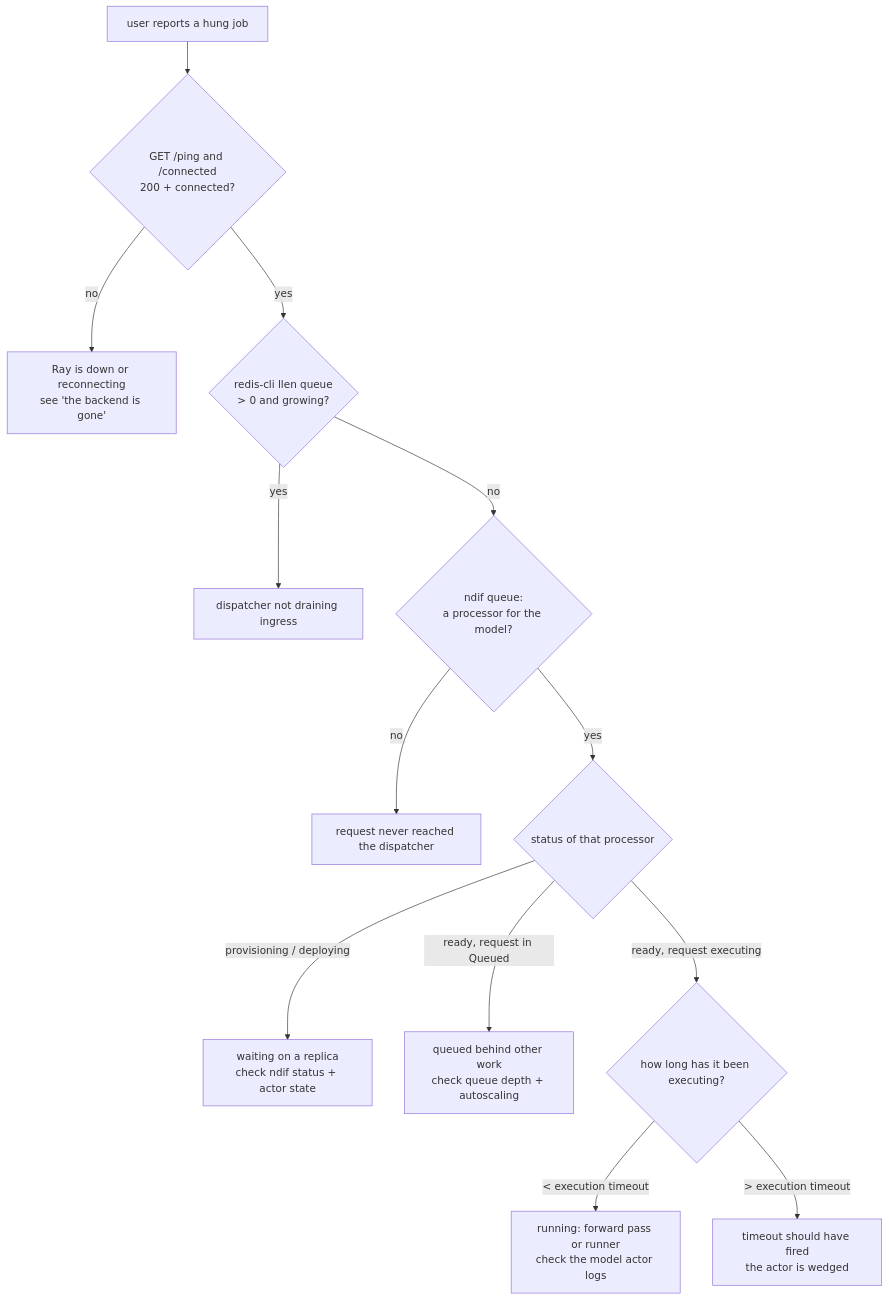
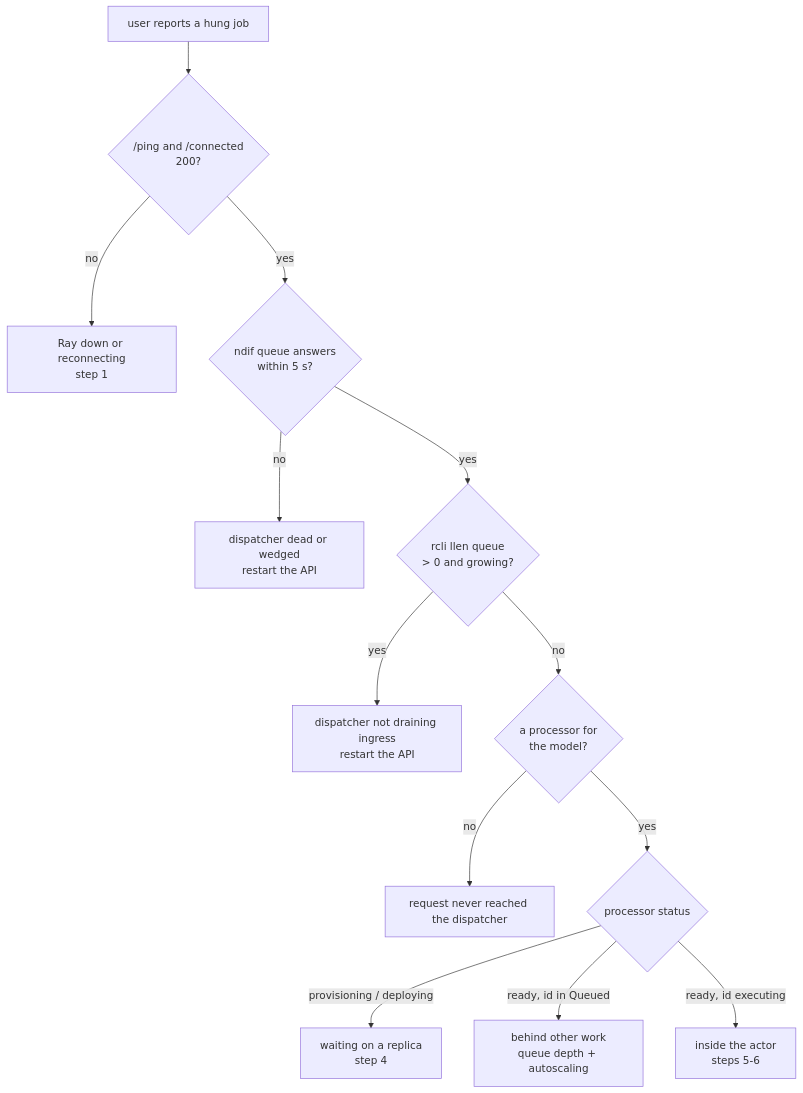
The diagram in docs/runbooks/debug-a-stuck-request.md (ndif-team/ndif), drawn with Mermaid before and after one commit. The commit also changed other lines of this file and 6 other files, not shown here.

````diff
--- a/docs/runbooks/debug-a-stuck-request.md
+++ b/docs/runbooks/debug-a-stuck-request.md
@@ -44,15 +55,15 @@
 ```mermaid
 flowchart TB
-    A[user reports a hung job] --> B{"GET /ping and /connected<br/>200 + connected?"}
-    B -- no --> B1[Ray is down or reconnecting<br/>see 'the backend is gone']
-    B -- yes --> C{"redis-cli llen queue<br/>&gt; 0 and growing?"}
-    C -- yes --> C1[dispatcher not draining ingress]
-    C -- no --> D{"ndif queue:<br/>a processor for the model?"}
+    A[user reports a hung job] --> B{"/ping and /connected<br/>200?"}
+    B -- no --> B1[Ray down or reconnecting<br/>step 1]
+    B -- yes --> Q{"ndif queue answers<br/>within 5 s?"}
+    Q -- no --> Q1[dispatcher dead or wedged<br/>restart the API]
+    Q -- yes --> C{"rcli llen queue<br/>&gt; 0 and growing?"}
+    C -- yes --> C1[dispatcher not draining ingress<br/>restart the API]
+    C -- no --> D{"a processor for<br/>the model?"}
     D -- no --> D1[request never reached the dispatcher]
-    D -- yes --> E{status of that processor}
-    E -- provisioning / deploying --> E1[waiting on a replica<br/>check ndif status + actor state]
-    E -- ready, request in Queued --> E2[queued behind other work<br/>check queue depth + autoscaling]
-    E -- ready, request executing --> F{how long has it been executing?}
-    F -- "&lt; execution timeout" --> F1[running: forward pass or runner<br/>check the model actor logs]
-    F -- "&gt; execution timeout" --> F2[timeout should have fired<br/>the actor is wedged]
+    D -- yes --> E{processor status}
+    E -- provisioning / deploying --> E1[waiting on a replica<br/>step 4]
+    E -- ready, id in Queued --> E2[behind other work<br/>queue depth + autoscaling]
+    E -- ready, id executing --> F[inside the actor<br/>steps 5-6]
 ```
````
